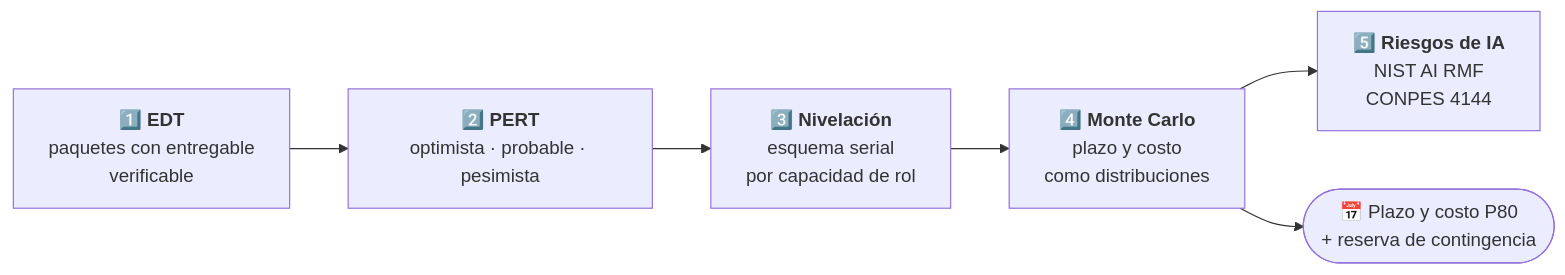
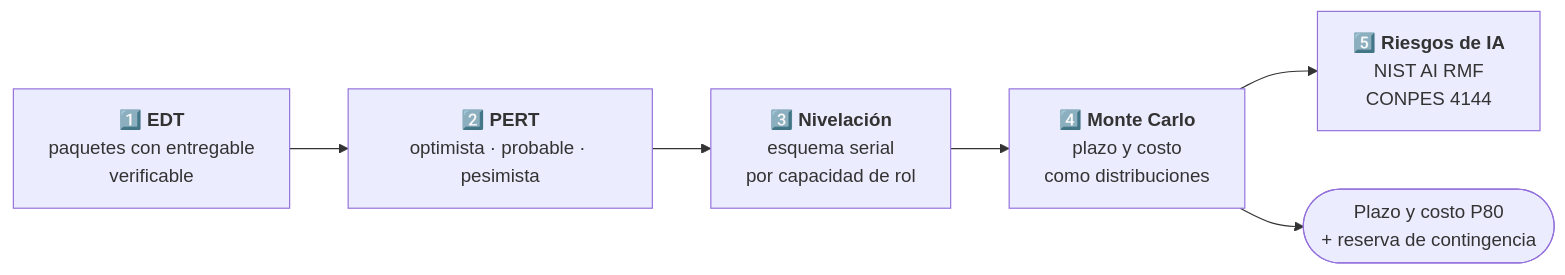
The sixth of 6 diagrams in entrega-2-borrador-intermedio/README.md (AlejoTechEngineer/veriagent-einvoice-latam), drawn with Mermaid before and after one commit. The commit also changed other lines of this file and 2 other files, not shown here.

````diff
--- a/entrega-2-borrador-intermedio/README.md
+++ b/entrega-2-borrador-intermedio/README.md
@@ -311,8 +311,8 @@
 ```mermaid
 flowchart LR
     EDT["1️⃣ <b>EDT</b><br/>paquetes con entregable<br/>verificable"] --> PERT["2️⃣ <b>PERT</b><br/>optimista · probable · pesimista"]
     PERT --> NIV["3️⃣ <b>Nivelación</b><br/>esquema serial<br/>por capacidad de rol"]
     NIV --> MC["4️⃣ <b>Monte Carlo</b><br/>plazo y costo<br/>como distribuciones"]
     MC --> RK["5️⃣ <b>Riesgos de IA</b><br/>NIST AI RMF<br/>CONPES 4144"]
-    MC --> P80(["📅 Plazo y costo P80<br/>+ reserva de contingencia"])
+    MC --> P80(["Plazo y costo P80<br/>+ reserva de contingencia"])
 ```
````
